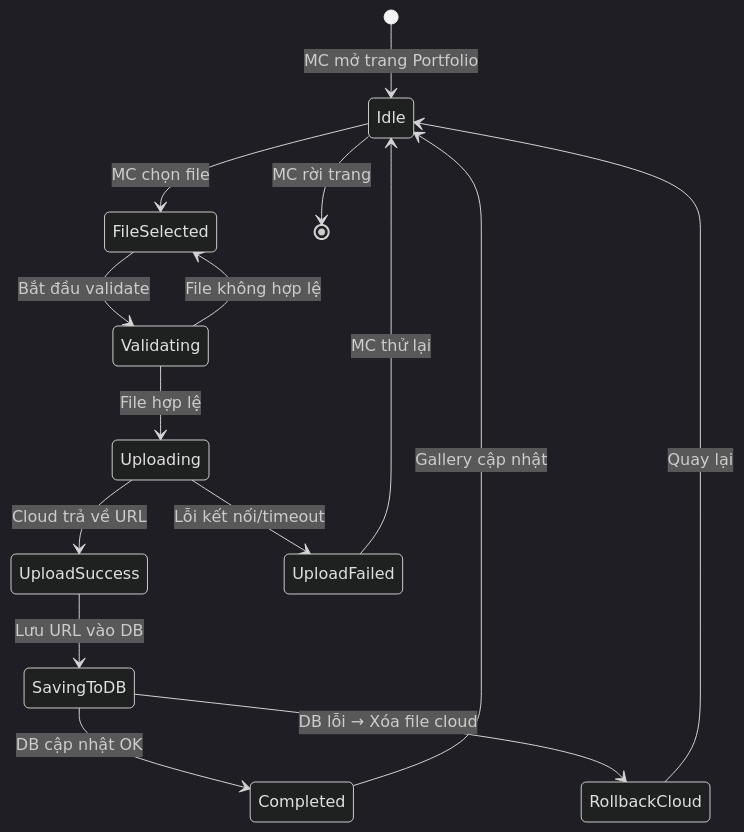
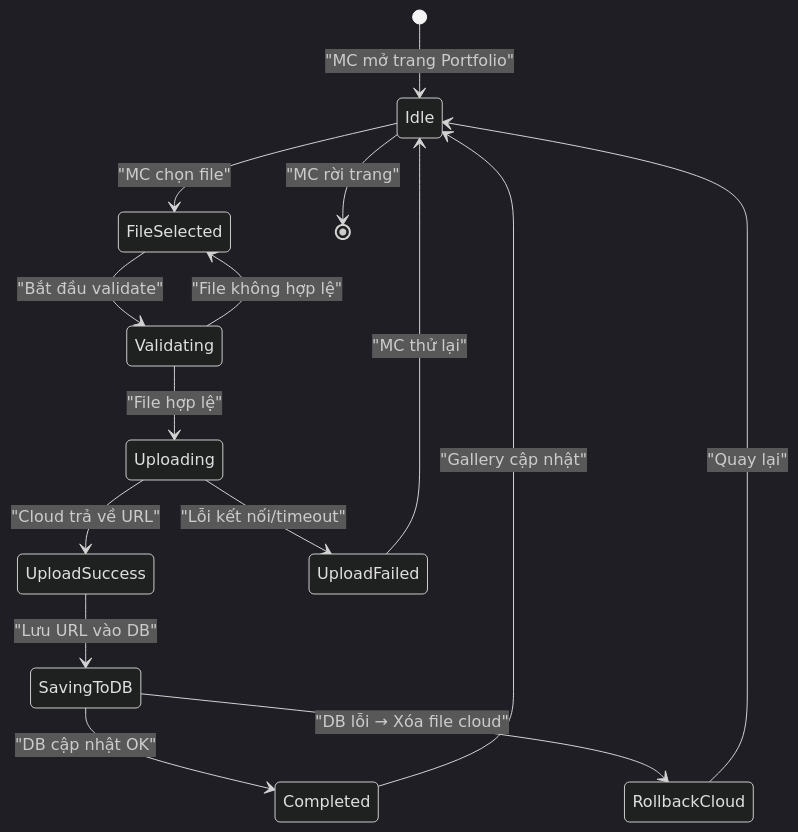
The eighth of 51 diagrams in UC_Diagrams.md (dat-21/SWD392), drawn with Mermaid (dark theme) before and after one commit. The commit also changed other lines of this file and 2 other files, not shown here.

Commit message:
style: Standardize Mermaid state diagram transition label formatting by adding quotes and a space before the colon.

````diff
--- a/UC_Diagrams.md
+++ b/UC_Diagrams.md
@@ -287,17 +287,17 @@
 ```mermaid
 stateDiagram-v2
-    [*] --> Idle: MC mở trang Portfolio
-    Idle --> FileSelected: MC chọn file
-    FileSelected --> Validating: Bắt đầu validate
-    Validating --> FileSelected: File không hợp lệ
-    Validating --> Uploading: File hợp lệ
-    Uploading --> UploadSuccess: Cloud trả về URL
-    Uploading --> UploadFailed: Lỗi kết nối/timeout
-    UploadFailed --> Idle: MC thử lại
-    UploadSuccess --> SavingToDB: Lưu URL vào DB
-    SavingToDB --> Completed: DB cập nhật OK
-    SavingToDB --> RollbackCloud: DB lỗi → Xóa file cloud
-    RollbackCloud --> Idle: Quay lại
-    Completed --> Idle: Gallery cập nhật
-    Idle --> [*]: MC rời trang
+    [*] --> Idle : "MC mở trang Portfolio"
+    Idle --> FileSelected : "MC chọn file"
+    FileSelected --> Validating : "Bắt đầu validate"
+    Validating --> FileSelected : "File không hợp lệ"
+    Validating --> Uploading : "File hợp lệ"
+    Uploading --> UploadSuccess : "Cloud trả về URL"
+    Uploading --> UploadFailed : "Lỗi kết nối/timeout"
+    UploadFailed --> Idle : "MC thử lại"
+    UploadSuccess --> SavingToDB : "Lưu URL vào DB"
+    SavingToDB --> Completed : "DB cập nhật OK"
+    SavingToDB --> RollbackCloud : "DB lỗi → Xóa file cloud"
+    RollbackCloud --> Idle : "Quay lại"
+    Completed --> Idle : "Gallery cập nhật"
+    Idle --> [*] : "MC rời trang"
 ```
````
